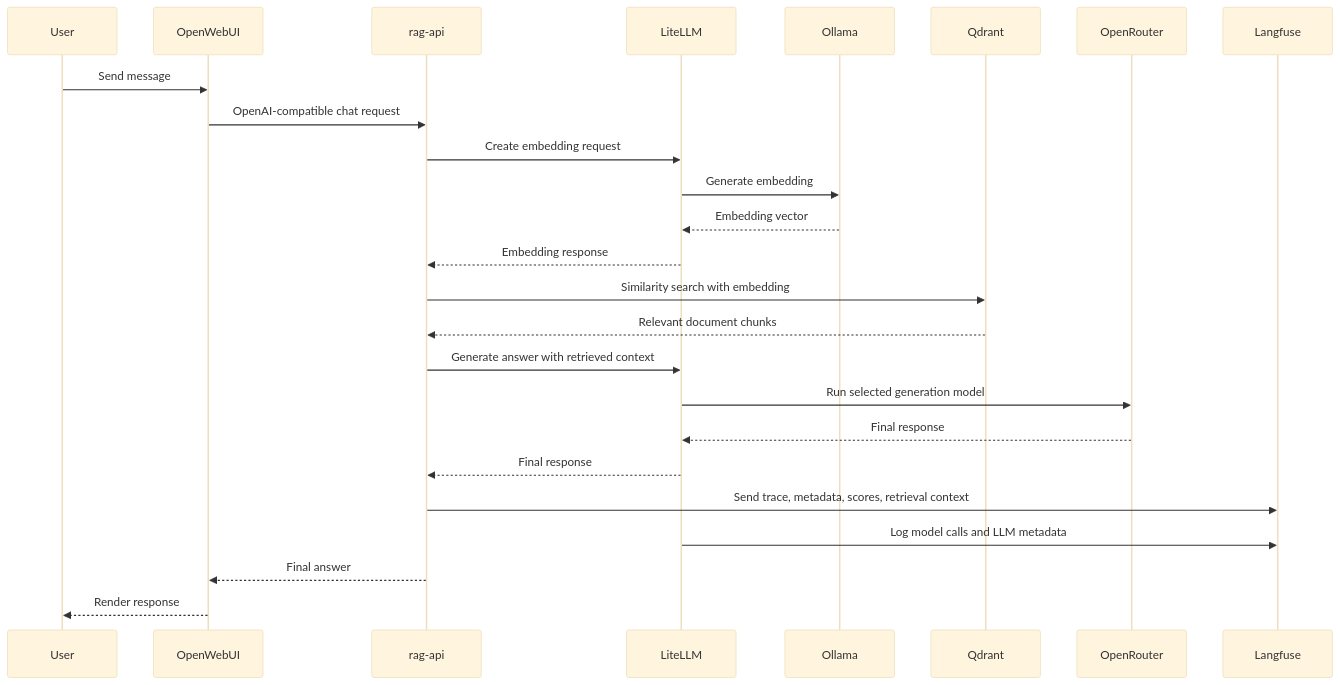
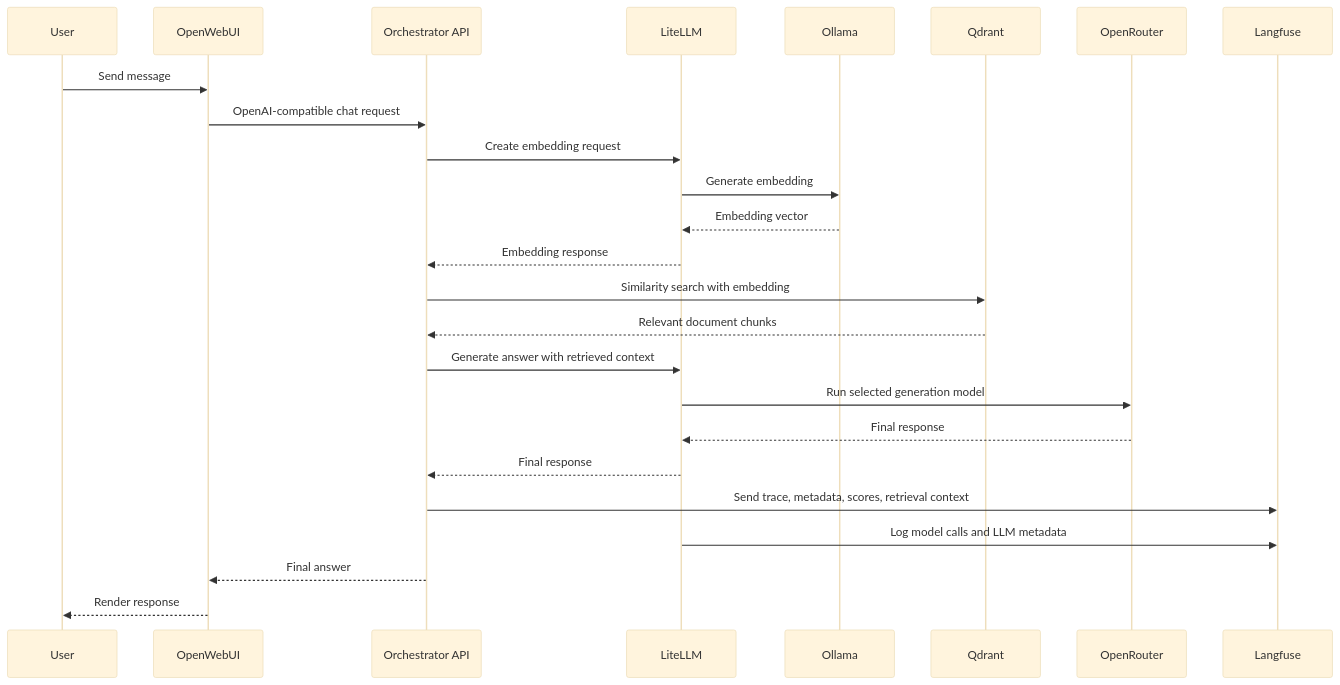
Before and after one commit to glaborie/agentguard: the second of 3 diagrams in docs/architecture.md, drawn with Mermaid (base theme). The commit also changed other lines of this file, not shown here.

Commit message:
Rename rag-api to Orchestrator API in architecture docs

````diff
--- a/docs/architecture.md
+++ b/docs/architecture.md
@@ -95,33 +95,33 @@
 ```mermaid
 sequenceDiagram
     participant User
     participant OpenWebUI
-    participant RAGAPI as rag-api
+    participant OrchestratorAPI as Orchestrator API
     participant LiteLLM
     participant Ollama
     participant Qdrant
     participant OpenRouter
     participant Langfuse
 
     User->>OpenWebUI: Send message
-    OpenWebUI->>RAGAPI: OpenAI-compatible chat request
+    OpenWebUI->>OrchestratorAPI: OpenAI-compatible chat request
 
-    RAGAPI->>LiteLLM: Create embedding request
+    OrchestratorAPI->>LiteLLM: Create embedding request
     LiteLLM->>Ollama: Generate embedding
     Ollama-->>LiteLLM: Embedding vector
-    LiteLLM-->>RAGAPI: Embedding response
+    LiteLLM-->>OrchestratorAPI: Embedding response
 
-    RAGAPI->>Qdrant: Similarity search with embedding
-    Qdrant-->>RAGAPI: Relevant document chunks
+    OrchestratorAPI->>Qdrant: Similarity search with embedding
+    Qdrant-->>OrchestratorAPI: Relevant document chunks
 
-    RAGAPI->>LiteLLM: Generate answer with retrieved context
+    OrchestratorAPI->>LiteLLM: Generate answer with retrieved context
     LiteLLM->>OpenRouter: Run selected generation model
     OpenRouter-->>LiteLLM: Final response
-    LiteLLM-->>RAGAPI: Final response
+    LiteLLM-->>OrchestratorAPI: Final response
 
-    RAGAPI->>Langfuse: Send trace, metadata, scores, retrieval context
+    OrchestratorAPI->>Langfuse: Send trace, metadata, scores, retrieval context
     LiteLLM->>Langfuse: Log model calls and LLM metadata
 
-    RAGAPI-->>OpenWebUI: Final answer
+    OrchestratorAPI-->>OpenWebUI: Final answer
     OpenWebUI-->>User: Render response
 ```
````
